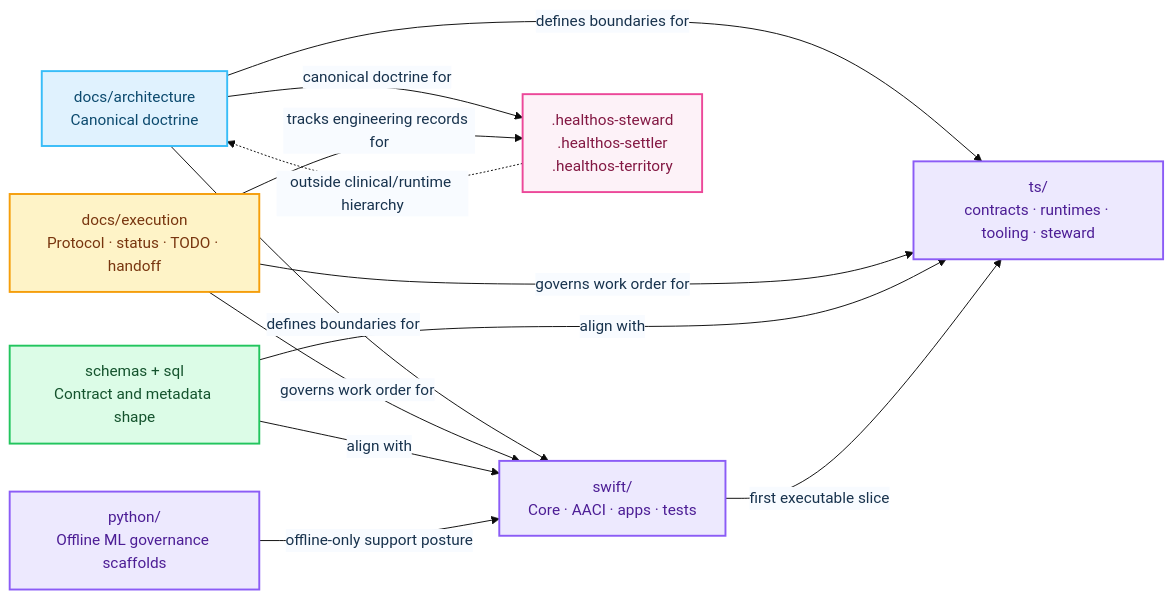
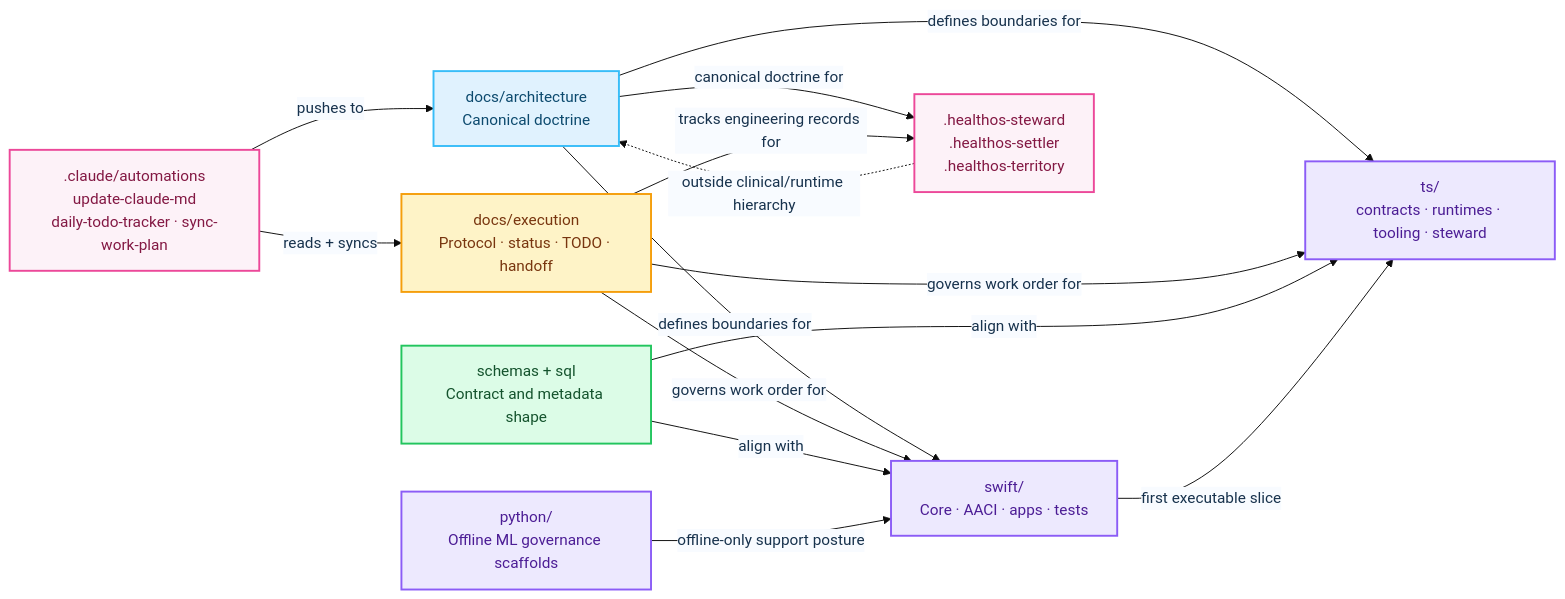
One commit to myselfgus/HealthOScaffold changed the fourth of 7 diagrams in README.md. Above: the diagram before and after it, drawn with Mermaid. The commit also changed other lines of this file and 2 other files, not shown here.

First line of the commit message:
docs: update README and execution docs to reflect automations and work plan

````diff
--- a/README.md
+++ b/README.md
@@ -183,29 +191,32 @@
 ```mermaid
 %%{init: {'theme': 'base', 'themeVariables': {'primaryColor': '#f5faff', 'primaryBorderColor': '#c6ddf5', 'primaryTextColor': '#17324d', 'clusterBkg': '#ffffff', 'clusterBorder': '#dbeafe', 'titleColor': '#0f172a', 'edgeLabelBackground': '#f8fbff', 'fontFamily': 'ui-rounded, -apple-system, BlinkMacSystemFont, sans-serif'}}}%%
 graph LR
     classDef docs fill:#e0f2fe,stroke:#38bdf8,stroke-width:2px,color:#0c4a6e
     classDef exec fill:#fef3c7,stroke:#f59e0b,stroke-width:2px,color:#78350f
     classDef code fill:#ede9fe,stroke:#8b5cf6,stroke-width:2px,color:#4c1d95
     classDef data fill:#dcfce7,stroke:#22c55e,stroke-width:2px,color:#14532d
     classDef agent fill:#fdf2f8,stroke:#ec4899,stroke-width:2px,color:#831843
 
     D[docs/architecture\nCanonical doctrine]:::docs
     E[docs/execution\nProtocol · status · TODO · handoff]:::exec
     S[schemas + sql\nContract and metadata shape]:::data
     W[swift/\nCore · AACI · apps · tests]:::code
     T[ts/\ncontracts · runtimes · tooling · steward]:::code
     P[python/\nOffline ML governance scaffolds]:::code
     EG[.healthos-steward\n.healthos-settler\n.healthos-territory]:::agent
+    AU[.claude/automations\nupdate-claude-md\ndaily-todo-tracker · sync-work-plan]:::agent
 
     D -->|defines boundaries for| W
     D -->|defines boundaries for| T
     D -->|canonical doctrine for| EG
     E -->|governs work order for| W
     E -->|governs work order for| T
     E -->|tracks engineering records for| EG
     S -->|align with| W
     S -->|align with| T
     W -->|first executable slice| T
     P -->|offline-only support posture| W
     EG -. outside clinical/runtime hierarchy .-> D
+    AU -->|reads + syncs| E
+    AU -->|pushes to| D
 ```
````
